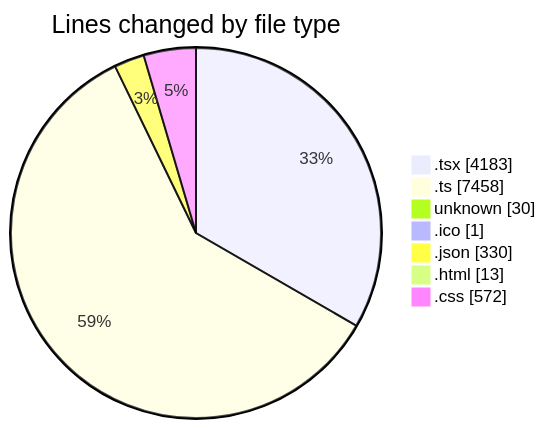
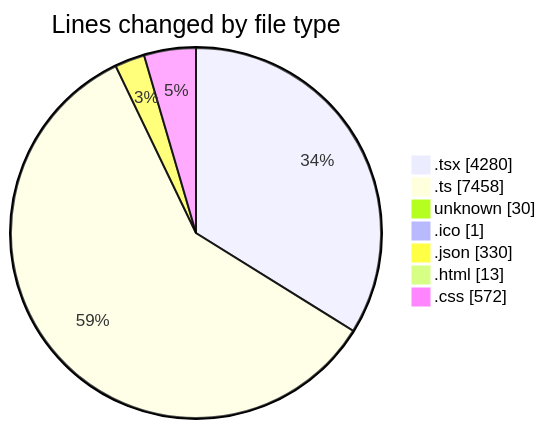
One commit to JenPaints/code-tracking changed the first of 2 diagrams in 2025-06-20/modeljsondesigner/README.md. Above: the diagram before and after it, drawn with Mermaid. The commit also changed other lines of this file and 1 other file, not shown here.

````diff
--- a/2025-06-20/modeljsondesigner/README.md
+++ b/2025-06-20/modeljsondesigner/README.md
@@ -43,11 +43,11 @@
 ```mermaid
 pie showData
 title Lines changed by file type
-".tsx" : 4183
+".tsx" : 4280
 ".ts" : 7458
 "unknown" : 30
 ".ico" : 1
 ".json" : 330
 ".html" : 13
 ".css" : 572
 ```
````
